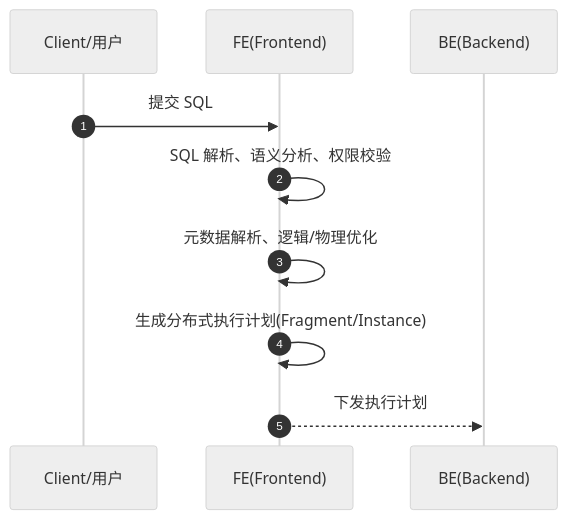
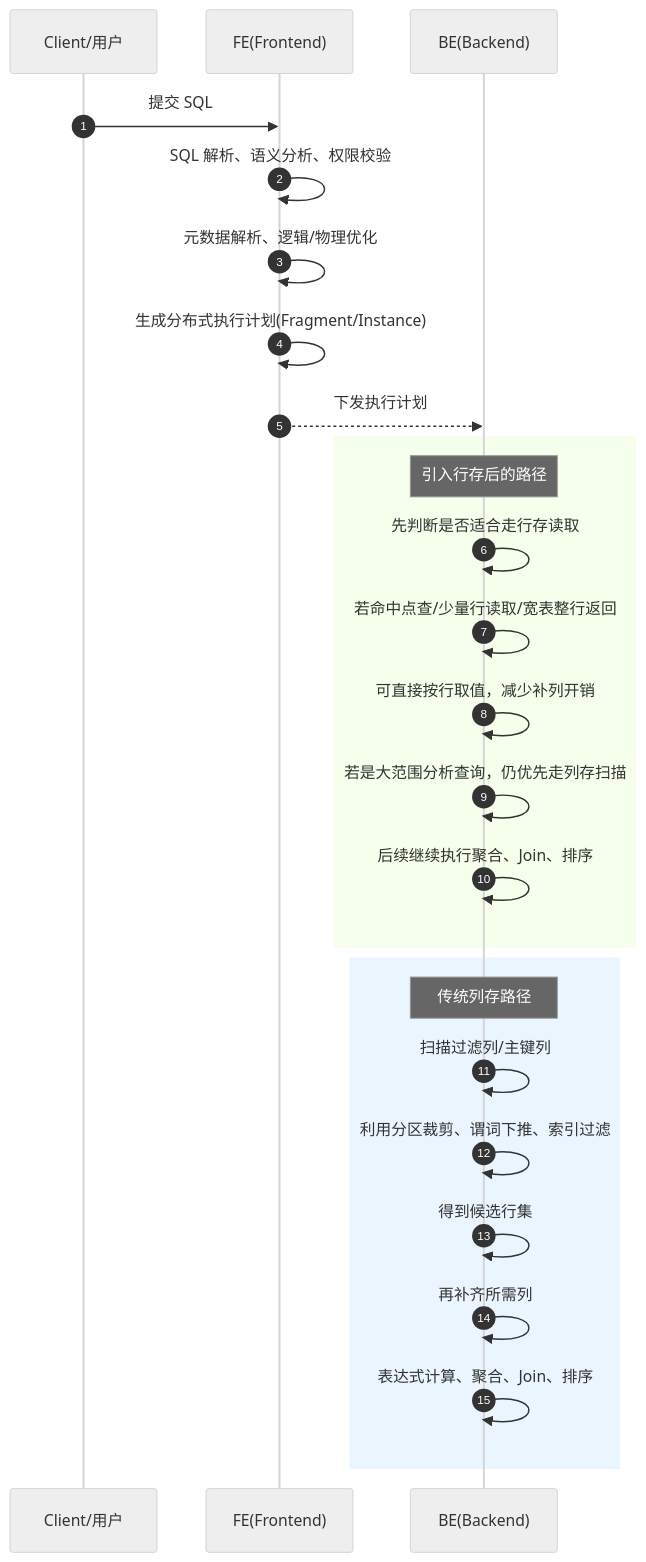
One commit to HY-10-8/iodraw-files changed the diagram in all/未命名-4.md. Above: the diagram before and after it, drawn with Mermaid (neutral theme).

Commit message:
2026-04-22 17:36:21 update

````diff
--- a/all/未命名-4.md
+++ b/all/未命名-4.md
@@ -1,25 +1,42 @@
 ```mermaid
 sequenceDiagram
     autonumber
 
     participant Client as Client/用户
     participant FE as FE(Frontend)
     participant BE as BE(Backend)
     
     Client->>FE: 提交 SQL
     FE->>FE: SQL 解析、语义分析、权限校验
     FE->>FE: 元数据解析、逻辑/物理优化
     FE->>FE: 生成分布式执行计划(Fragment/Instance)
     FE-->>BE: 下发执行计划
 
+    rect rgb(245,255,235)
+        Note over BE: 引入行存后的路径
+        BE->>BE: 先判断是否适合走行存读取
+        BE->>BE: 若命中点查/少量行读取/宽表整行返回
+        BE->>BE: 可直接按行取值，减少补列开销
+        BE->>BE: 若是大范围分析查询，仍优先走列存扫描
+        BE->>BE: 后续继续执行聚合、Join、排序
+    end
+
+
+    rect rgb(235,245,255)
+        Note over BE: 传统列存路径
+        BE->>BE: 扫描过滤列/主键列
+        BE->>BE: 利用分区裁剪、谓词下推、索引过滤
+        BE->>BE: 得到候选行集
+        BE->>BE: 再补齐所需列
+        BE->>BE: 表达式计算、聚合、Join、排序
+    end
 
 
 
 
 
 
 
 
 
-    
 ```
````
